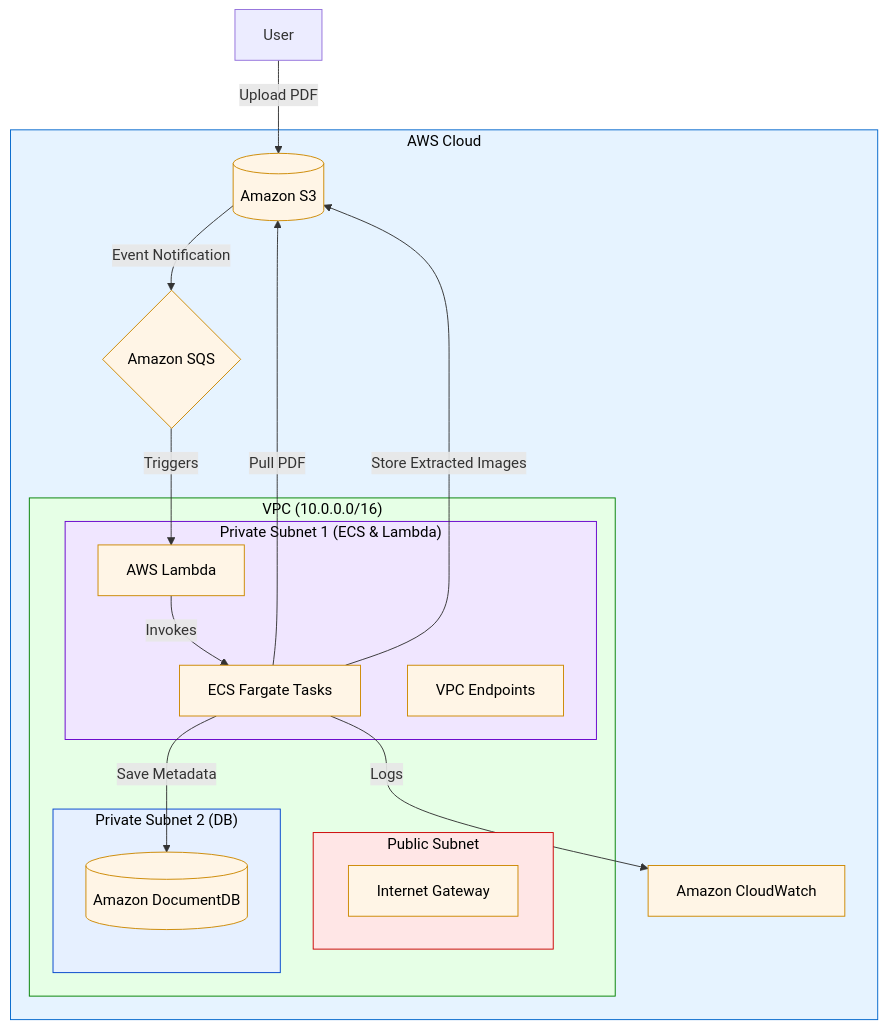
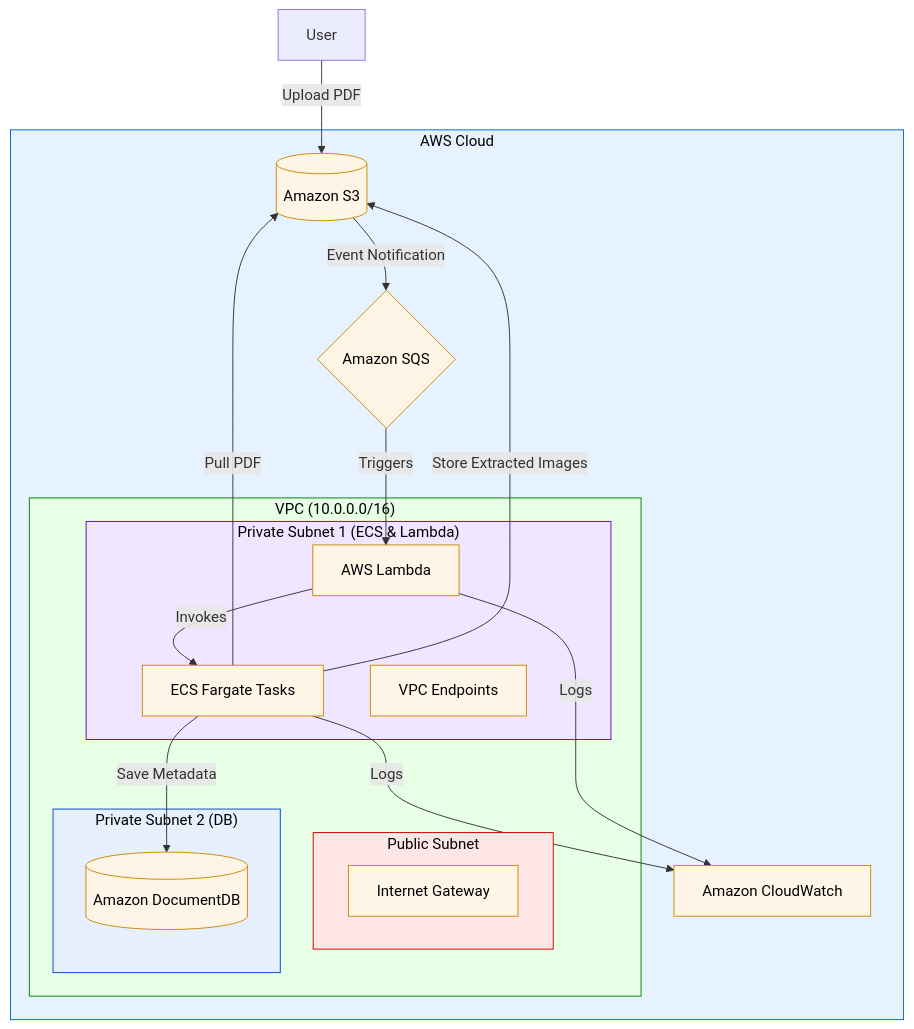
The diagram in README.md (hyperverseglobalconsulting/pdf_data_extraction_statless_comps), drawn with Mermaid before and after one commit. The commit also changed other lines of this file, not shown here.

````diff
--- a/README.md
+++ b/README.md
@@ -22,47 +22,48 @@
 ```mermaid
 %% AWS Architecture with Isolated DocumentDB Subnet
 graph TD
     A[User] -->|Upload PDF| B[(Amazon S3)]
     
     subgraph AWS["AWS Cloud"]
         subgraph VPC["VPC (10.0.0.0/16)"]
             subgraph PublicSubnet["Public Subnet"]
                 I[Internet Gateway]
             end
             
             subgraph PrivateSubnet1["Private Subnet 1 (ECS & Lambda)"]
                 H[AWS Lambda]
                 D[ECS Fargate Tasks]
                 E[VPC Endpoints]
             end
             
             subgraph PrivateSubnet2["Private Subnet 2 (DB)"]
                 F[(Amazon DocumentDB)]
             end
         end
         
         B -->|Event Notification| C{Amazon SQS}
         C -->|Triggers| H
         H -->|Invokes| D
         D -->|Pull PDF| B
         D -->|Store Extracted Images| B
         D -->|Save Metadata| F
         D -->|Logs| G[Amazon CloudWatch]
+        H -->|Logs| G
     end
     
     %% Class Definitions
     classDef aws fill:#e6f3ff,stroke:#0066cc,color:#000;
     classDef vpc fill:#e6ffe6,stroke:#008000,color:#000;
     classDef public fill:#ffe6e6,stroke:#cc0000,color:#000;
     classDef private1 fill:#f0e6ff,stroke:#6600cc,color:#000;
     classDef private2 fill:#e6f0ff,stroke:#0044cc,color:#000;
     classDef service fill:#fff5e6,stroke:#cc8800,color:#000;
     
     %% Apply Styles
     class AWS aws;
     class VPC vpc;
     class PublicSubnet public;
     class PrivateSubnet1 private1;
     class PrivateSubnet2 private2;
     class B,C,F,G,I,D,E,H service;
 ```
````
